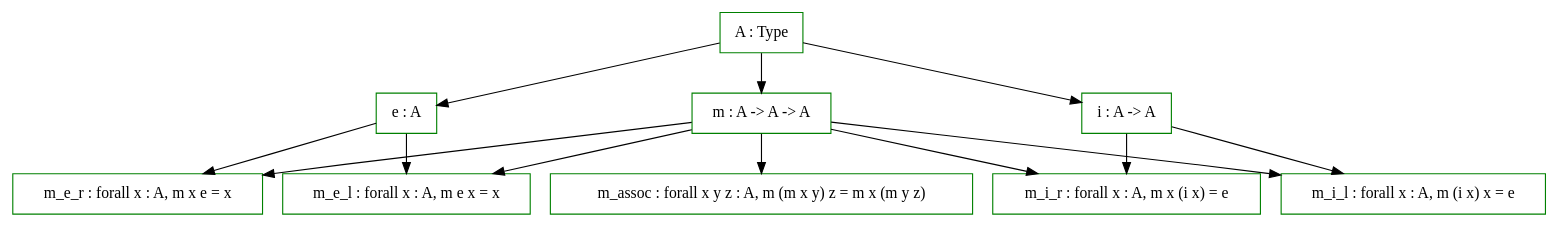
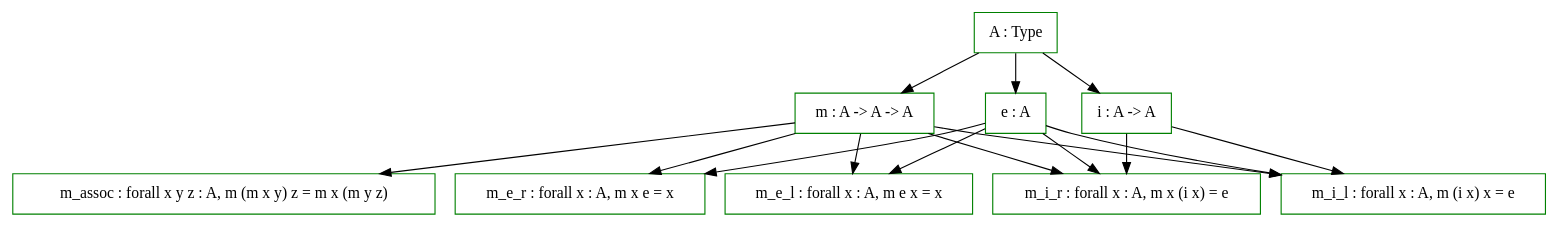
Before and after one commit to wkolowski/Typonomikon: the diagram in txt/rekordy2.dot, drawn with Graphviz. The commit also changed 45 other files, not shown here.

Commit message:
Refaktoring: nowe rozdziały o logice wrzucone na początek. Obrazek z zależnościami do tych rozdziałów w GraphVizowej formie. Kolejna część TODO przeniesiona do komentarzy w kodzie.

```diff
--- a/txt/rekordy2.dot
+++ b/txt/rekordy2.dot
@@ -1,18 +1,18 @@
 digraph
 {
   node  [shape=rectangle, color=green]
   A     [label = "A : Type"];
   m     [label = "m : A -> A -> A"];
   m_ass [label = "m_assoc : forall x y z : A, m (m x y) z = m x (m y z)"];
   e     [label = "e : A"];
   m_e_l [label = "m_e_l : forall x : A, m e x = x"];
   m_e_r [label = "m_e_r : forall x : A, m x e = x"];
   i     [label = "i : A -> A"];
   m_i_l [label = "m_i_l : forall x : A, m (i x) x = e"];
   m_i_r [label = "m_i_r : forall x : A, m x (i x) = e"];
 
   A -> {m, e, i}
   m -> {m_ass, m_e_l, m_e_r, m_i_l, m_i_r}
-  e -> {m_e_l, m_e_r}
+  e -> {m_e_l, m_e_r, m_i_l, m_i_r}
   i -> {m_i_l, m_i_r}
 }
```
